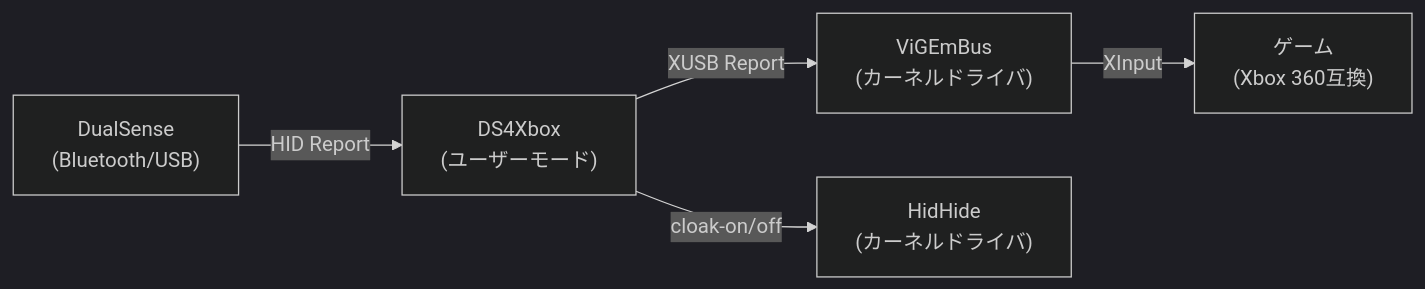
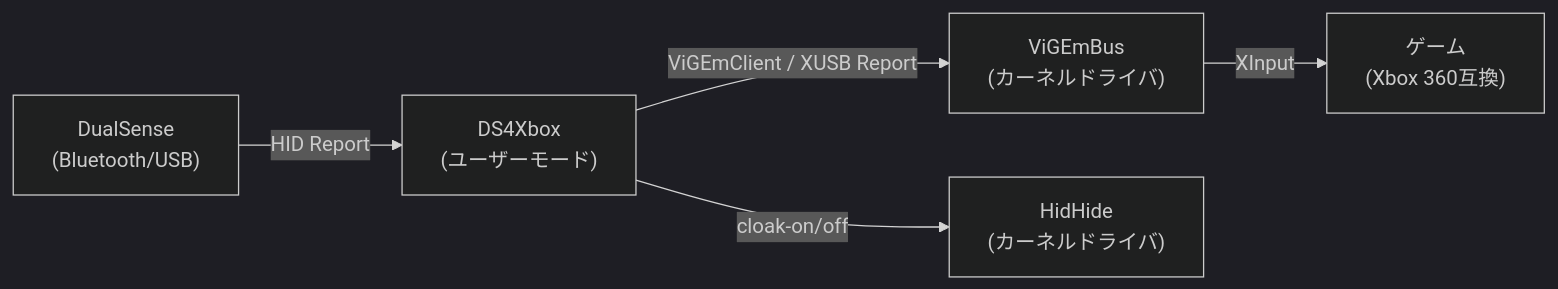
Before and after one commit to jtkjp06/ds4xbox: the first of 2 diagrams in docs/SPECIFICATION.md, drawn with Mermaid (dark theme). The commit also changed other lines of this file and 10 other files, not shown here.

````diff
--- a/docs/SPECIFICATION.md
+++ b/docs/SPECIFICATION.md
@@ -7,7 +7,7 @@
 ```mermaid
 graph LR
     A["DualSense<br/>(Bluetooth/USB)"] -->|HID Report| B["DS4Xbox<br/>(ユーザーモード)"]
-    B -->|XUSB Report| C["ViGEmBus<br/>(カーネルドライバ)"]
+    B -->|"ViGEmClient / XUSB Report"| C["ViGEmBus<br/>(カーネルドライバ)"]
     C -->|XInput| D["ゲーム<br/>(Xbox 360互換)"]
     B -->|"cloak-on/off"| E["HidHide<br/>(カーネルドライバ)"]
 ```
````
